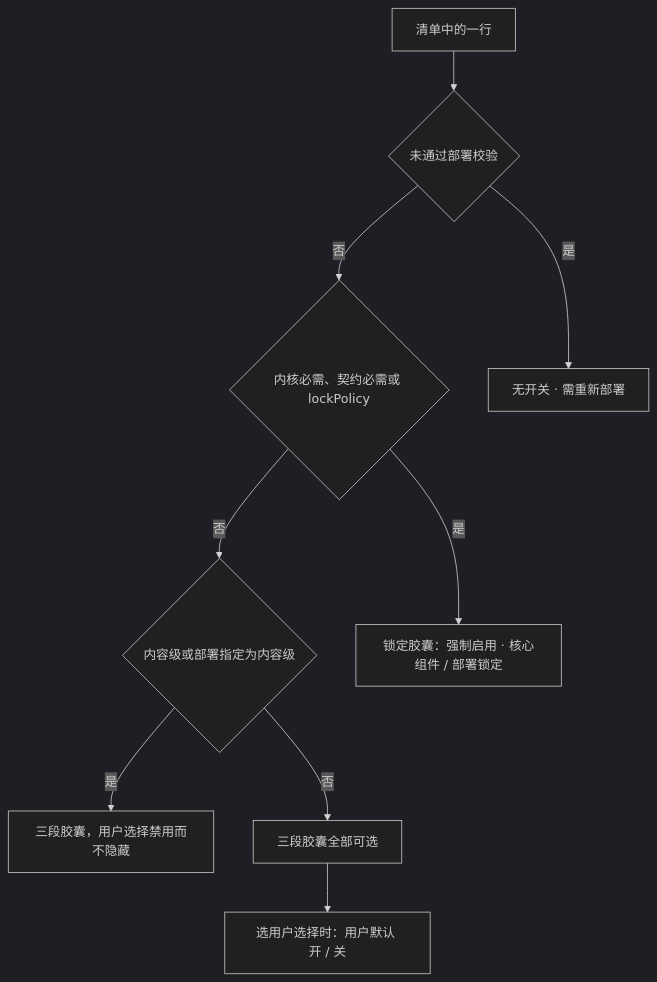
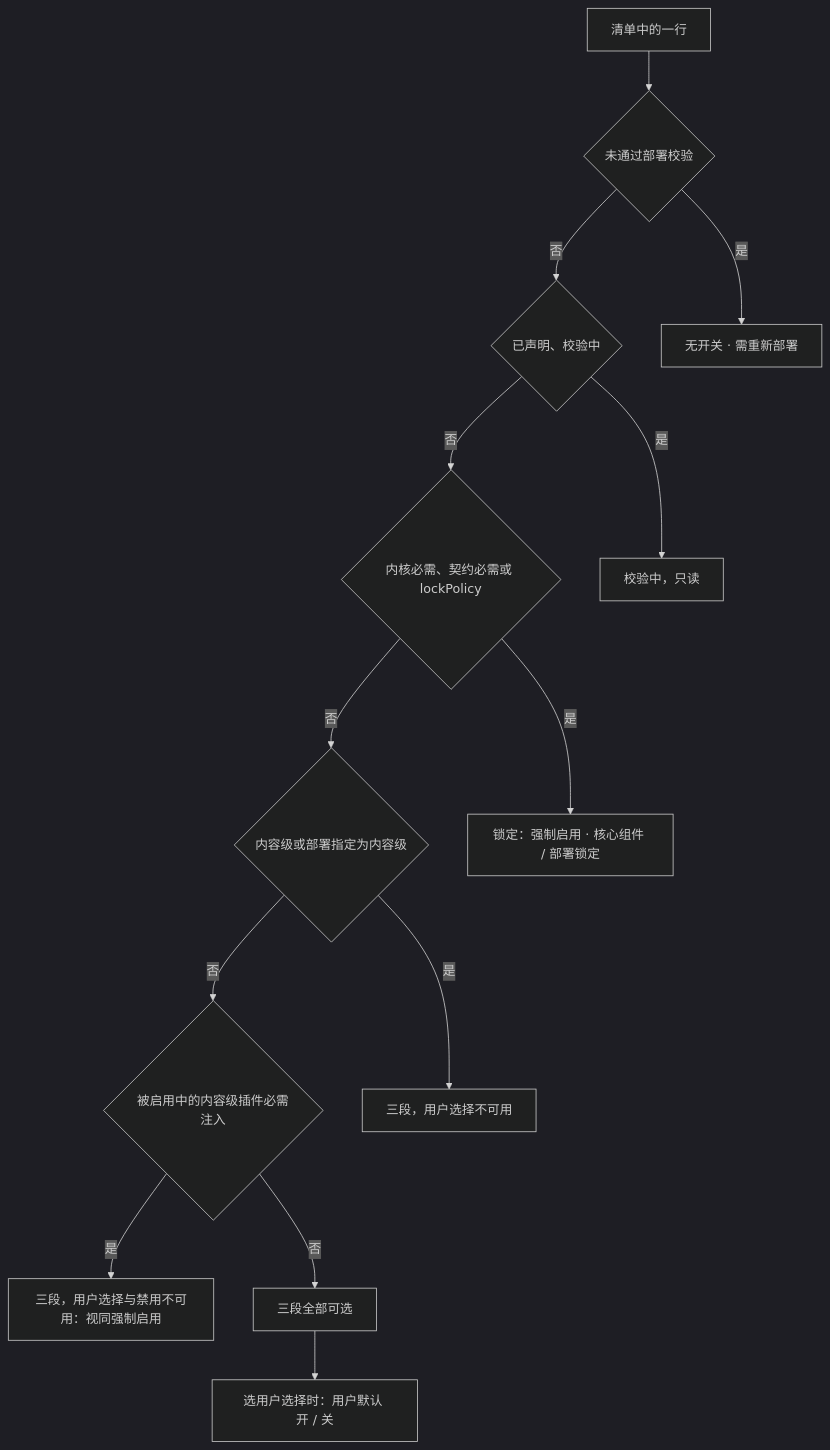
One commit to Xeonice/cordis-ppt-editor changed the third of 4 diagrams in docs/20-design/03-screens/32-admin-plugin-management.md. Above: the diagram before and after it, drawn with Mermaid (dark theme). The commit also changed other lines of this file and 44 other files, not shown here.

````diff
--- a/docs/20-design/03-screens/32-admin-plugin-management.md
+++ b/docs/20-design/03-screens/32-admin-plugin-management.md
@@ -179,20 +194,28 @@
 ```mermaid
 flowchart TB
   p["清单中的一行"]
   r{"未通过部署校验"}
+  d{"已声明、校验中"}
   l{"内核必需、契约必需或 lockPolicy"}
   c{"内容级或部署指定为内容级"}
+  f{"被启用中的内容级插件必需注入"}
   none["无开关 · 需重新部署"]
-  lock["锁定胶囊：强制启用 · 核心组件 / 部署锁定"]
-  two["三段胶囊，用户选择禁用而不隐藏"]
-  three["三段胶囊全部可选"]
+  wait["校验中，只读"]
+  lock["锁定：强制启用 · 核心组件 / 部署锁定"]
+  two["三段，用户选择不可用"]
+  forced["三段，用户选择与禁用不可用：视同强制启用"]
+  three["三段全部可选"]
   def["选用户选择时：用户默认 开 / 关"]
   p --> r
   r -->|"是"| none
-  r -->|"否"| l
+  r -->|"否"| d
+  d -->|"是"| wait
+  d -->|"否"| l
   l -->|"是"| lock
   l -->|"否"| c
   c -->|"是"| two
-  c -->|"否"| three
+  c -->|"否"| f
+  f -->|"是"| forced
+  f -->|"否"| three
   three --> def
 ```
````
